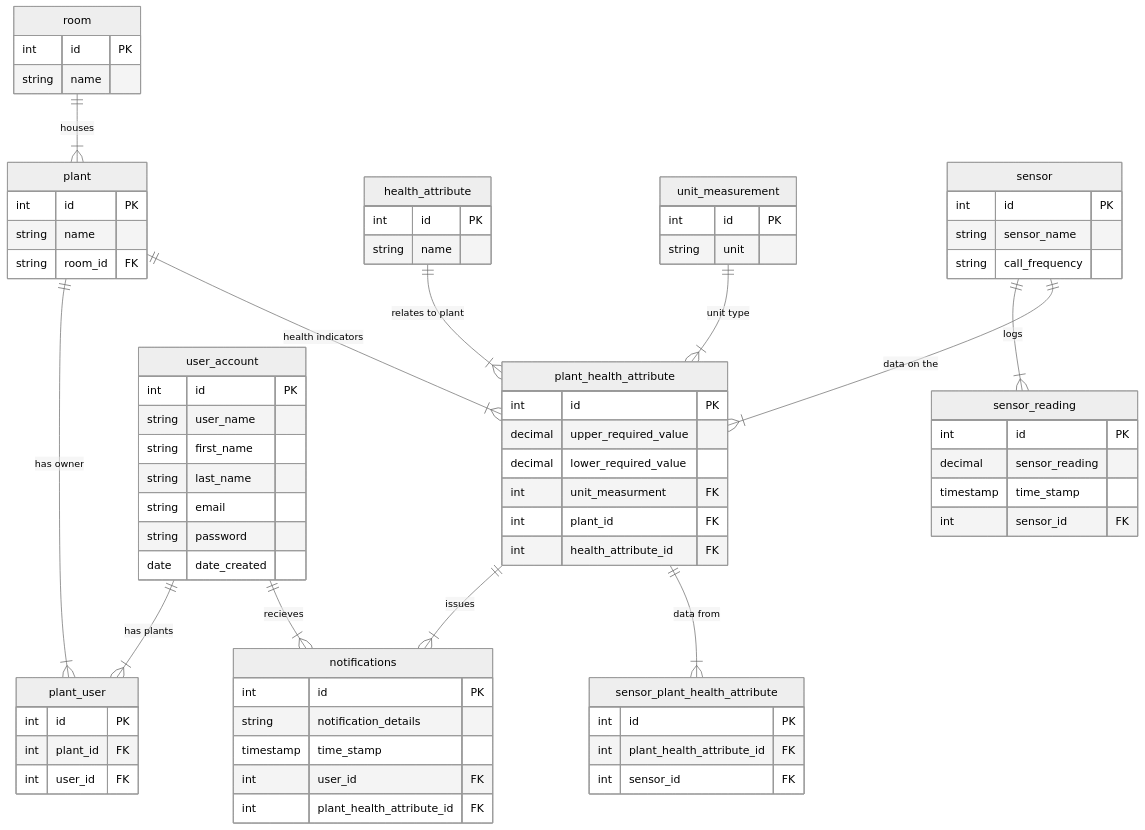
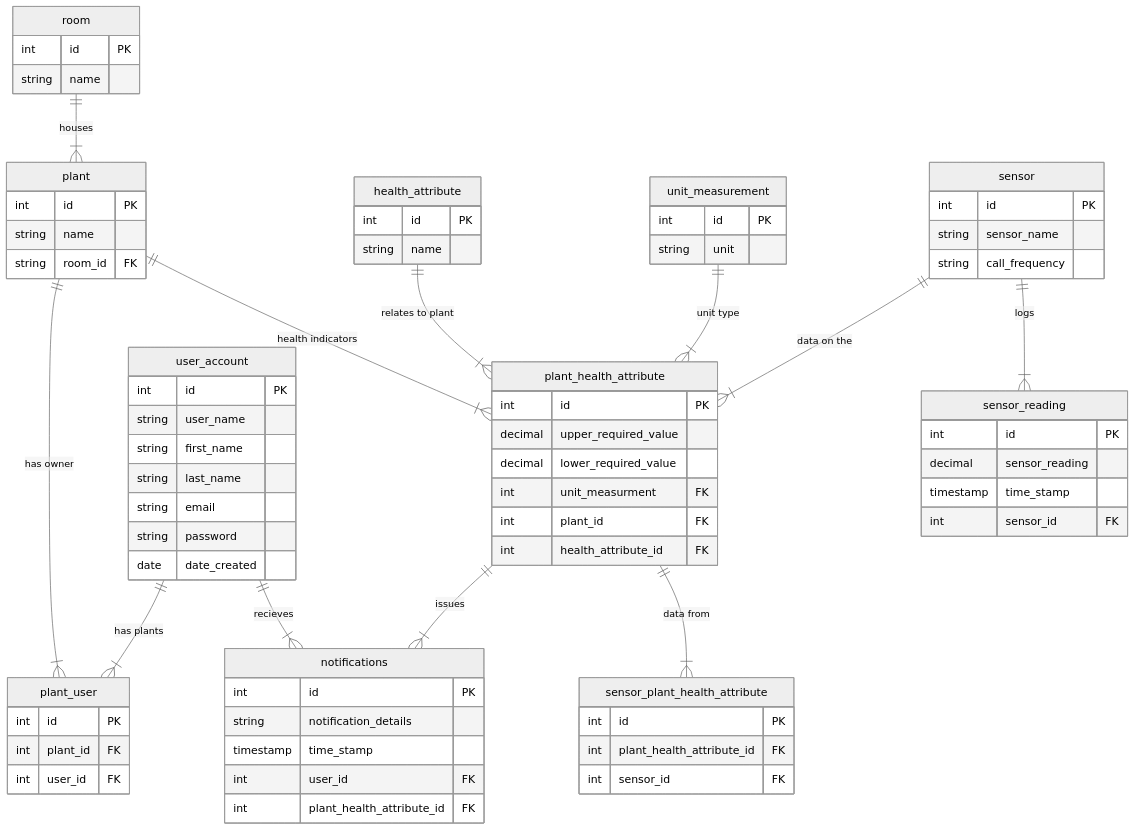
Before and after one commit to diarmuidDoran/jarvisPlantHealth: the diagram in migrations/README.md, drawn with Mermaid. The commit also changed other lines of this file, not shown here.

```diff
--- a/migrations/README.md
+++ b/migrations/README.md
@@ -69,8 +69,8 @@
         int health_attribute_id FK
     }
     
+    sensor ||--|{ plant_health_attribute: "data on the"
     sensor ||--|{ sensor_reading: "logs"
-    sensor ||--|{ plant_health_attribute: "data on the"
     
     sensor{
         int id PK
```
